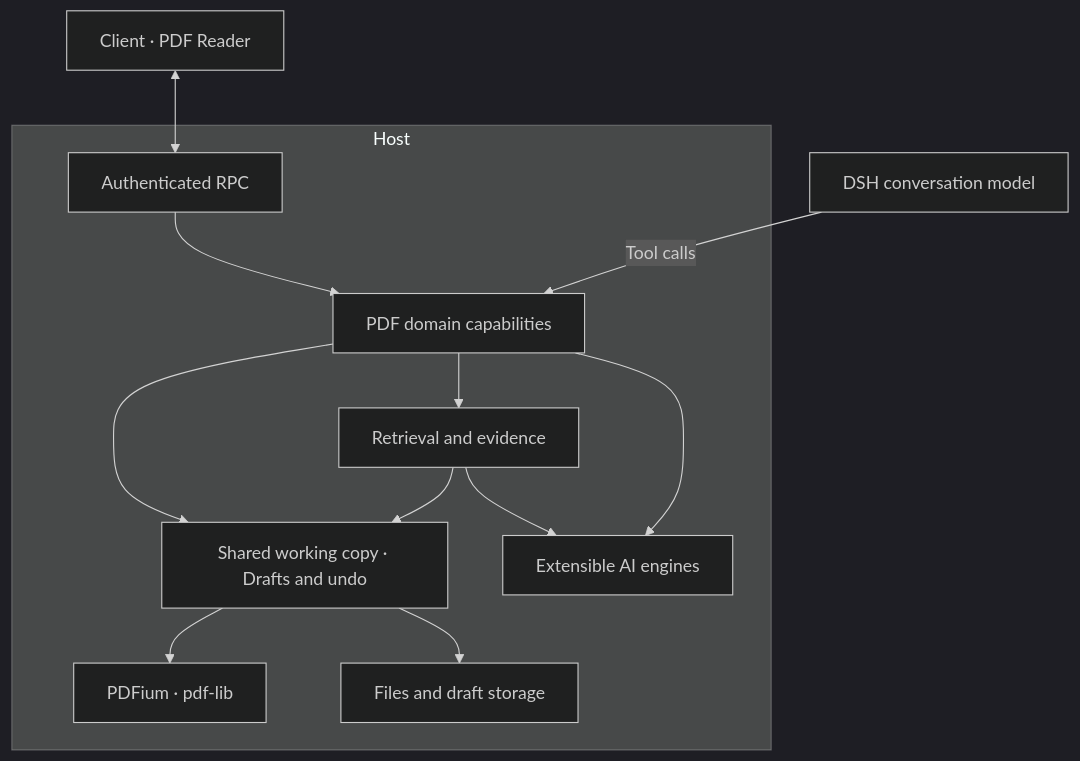
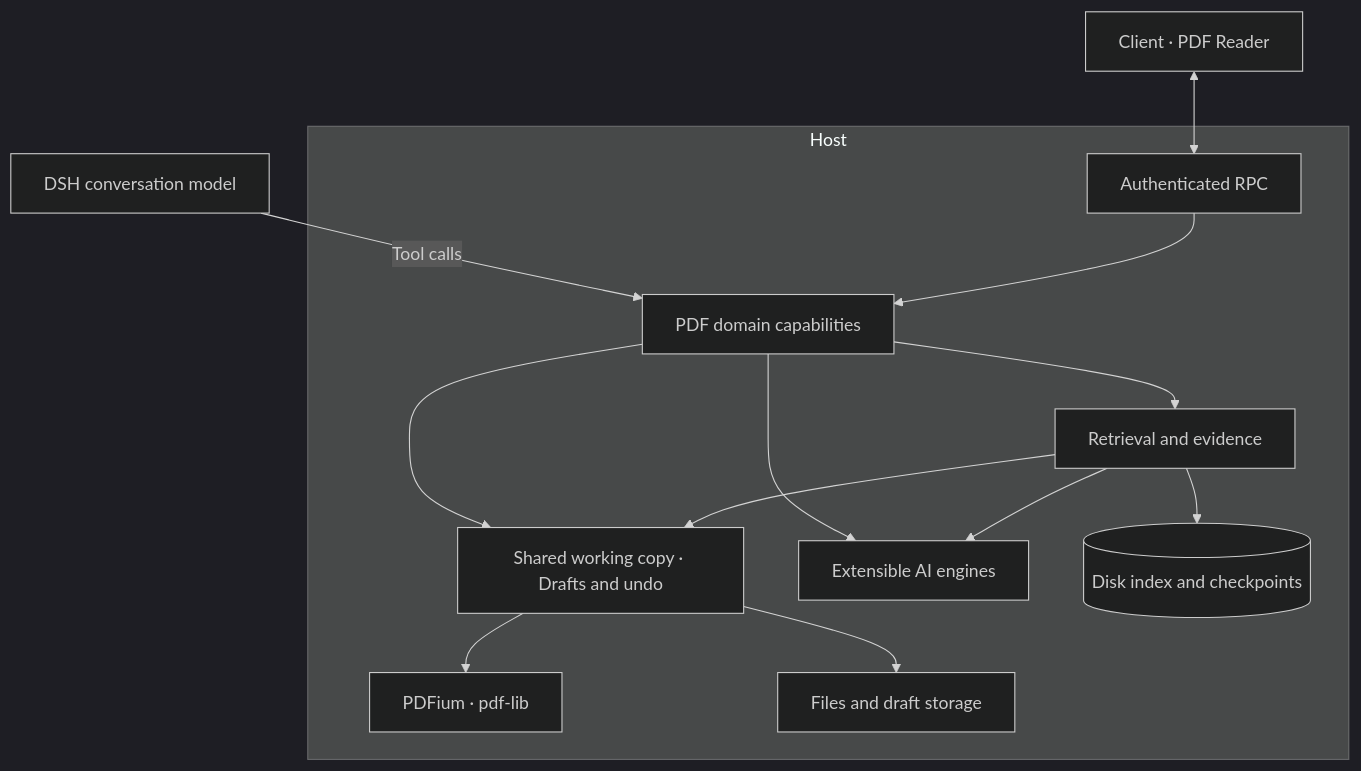
One commit to dingyiliao/dsh-bundle-pdf changed the diagram in README.md. Above: the diagram before and after it, drawn with Mermaid (dark theme). The commit also changed other lines of this file and 98 other files, not shown here.

````diff
--- a/README.md
+++ b/README.md
@@ -63,15 +63,16 @@
 ```mermaid
 flowchart TB
   Reader["Client · PDF Reader"] <--> RPC
   Model["DSH conversation model"] -- "Tool calls" --> Features
   subgraph Host
     RPC["Authenticated RPC"] --> Features["PDF domain capabilities"]
     Features --> Copy["Shared working copy · Drafts and undo"]
     Features --> Search["Retrieval and evidence"]
     Features --> Engines["Extensible AI engines"]
     Search --> Copy
     Search --> Engines
+    Search --> Index[("Disk index and checkpoints")]
     Copy --> PDF["PDFium · pdf-lib"]
     Copy --> Storage["Files and draft storage"]
   end
 ```
````
